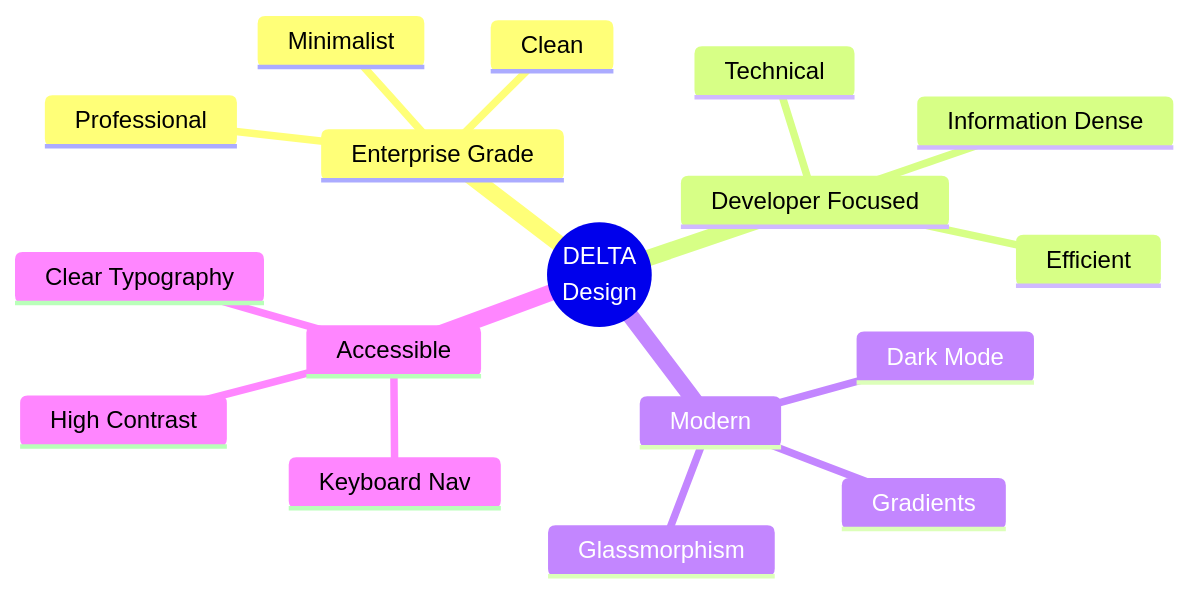
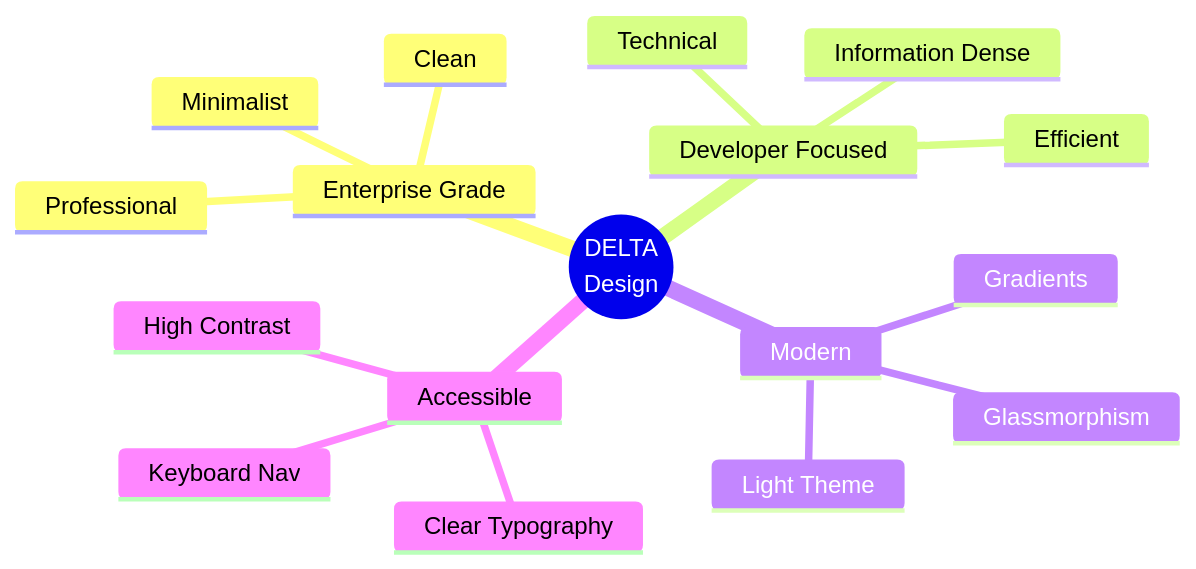
The first of 17 diagrams in DESIGN_DOCUMENTATION.md (spken/delta), drawn with Mermaid before and after one commit. The commit also changed other lines of this file and 6 other files, not shown here.

First line of the commit message:
docs: Update all documentation to reflect light theme refactor

````diff
--- a/DESIGN_DOCUMENTATION.md
+++ b/DESIGN_DOCUMENTATION.md
@@ -31,20 +31,20 @@
 ```mermaid
 mindmap
   root((DELTA<br/>Design))
     Enterprise Grade
       Professional
       Clean
       Minimalist
     Developer Focused
       Technical
       Information Dense
       Efficient
     Modern
-      Dark Mode
+      Light Theme
       Gradients
       Glassmorphism
     Accessible
       High Contrast
       Clear Typography
       Keyboard Nav
 ```
````
